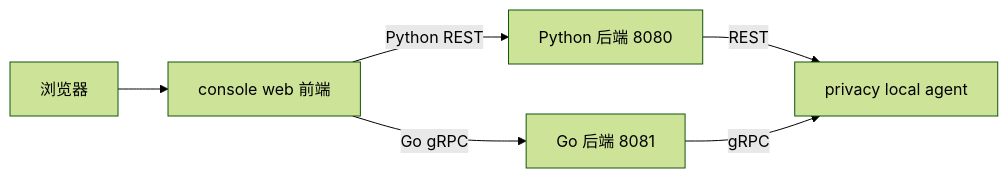
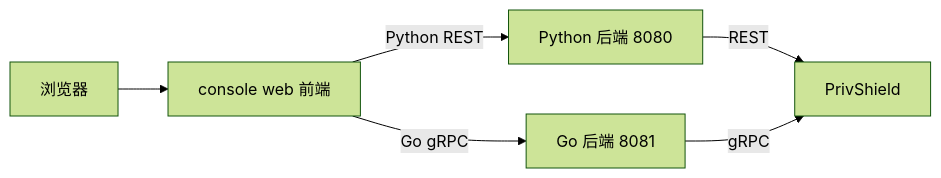
The sixth of 6 diagrams in console/docs/vite.md (fengzhizi319/PrivShield), drawn with Mermaid (forest theme) before and after one commit. The commit also changed other lines of this file and 393 other files, not shown here.

Commit message:
refactor(brand): 全面将 privacy_local_agent 迁移升级为 PrivShield

````diff
--- a/console/docs/vite.md
+++ b/console/docs/vite.md
@@ -553,14 +553,14 @@
 ```mermaid
 flowchart LR
     U[浏览器]
     F[console web 前端]
     P[Python 后端 8080]
     G[Go 后端 8081]
-    A[privacy local agent]
+    A[PrivShield]
 
     U --> F
     F -->|Python REST| P
     F -->|Go gRPC| G
     P -->|REST| A
     G -->|gRPC| A
 ```
````
